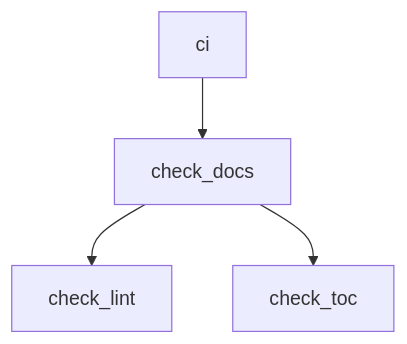
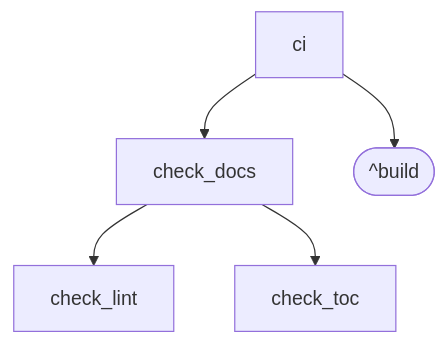
One commit to doikayt/build-tools changed the diagram in javascript/nx-graph-to-mermaid/tests/fixtures/same-project-deps/expected-readme.md. Above: the diagram before and after it, drawn with Mermaid. The commit also changed 7 other files, not shown here.

First line of the commit message:
feat: render ^ fan-out deps as synthetic stadium nodes in mermaid diagram

````diff
--- a/javascript/nx-graph-to-mermaid/tests/fixtures/same-project-deps/expected-readme.md
+++ b/javascript/nx-graph-to-mermaid/tests/fixtures/same-project-deps/expected-readme.md
@@ -6,12 +6,15 @@
 ```mermaid
 graph TD
 
   check_docs
   check_lint
   check_toc
   ci
 
+  _caret_build(["^build"])
+
   check_docs --> check_lint
   check_docs --> check_toc
+  ci --> _caret_build
   ci --> check_docs
 ```
````
